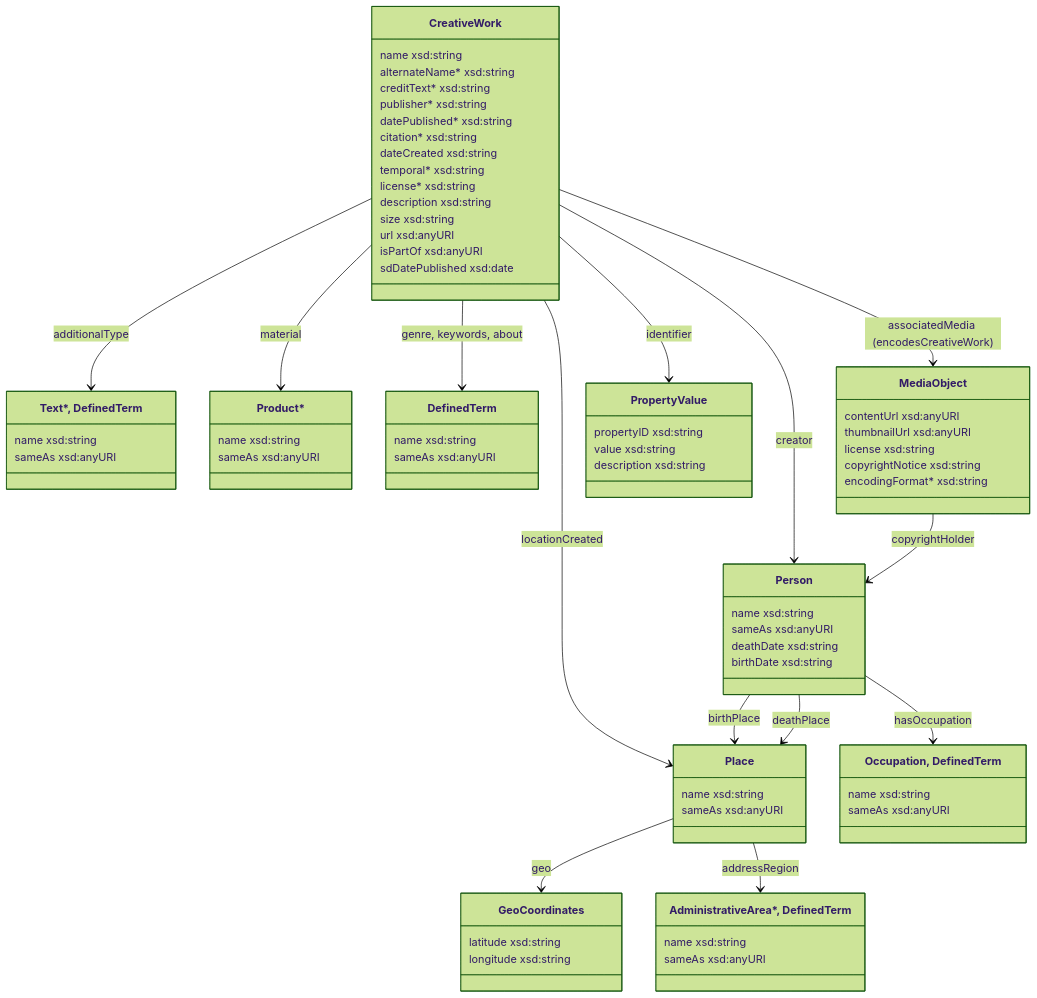
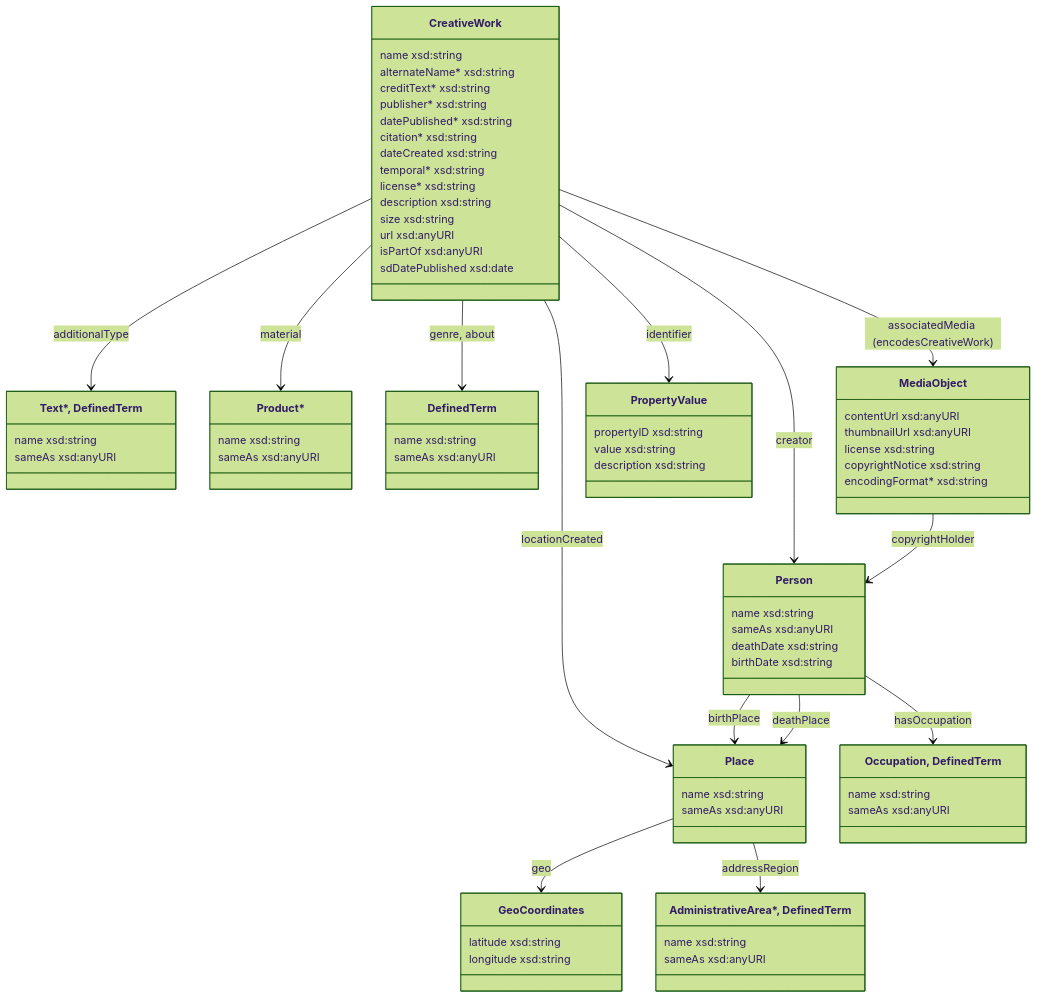
The first of 5 diagrams in docs/datamodel.md (collectienederland/schema-profile), drawn with Mermaid before and after one commit. The commit also changed other lines of this file, not shown here.

```diff
--- a/docs/datamodel.md
+++ b/docs/datamodel.md
@@ -47,7 +47,7 @@
   name xsd:string
   sameAs xsd:anyURI
 }
-creativework --> defterm: genre, keywords, about
+creativework --> defterm: genre, about
 class place["Place"] {
   name xsd:string
   sameAs xsd:anyURI
```
